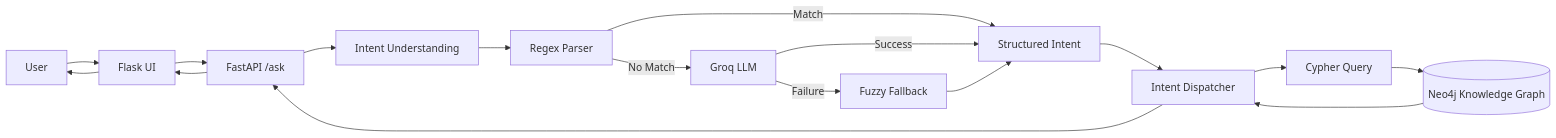
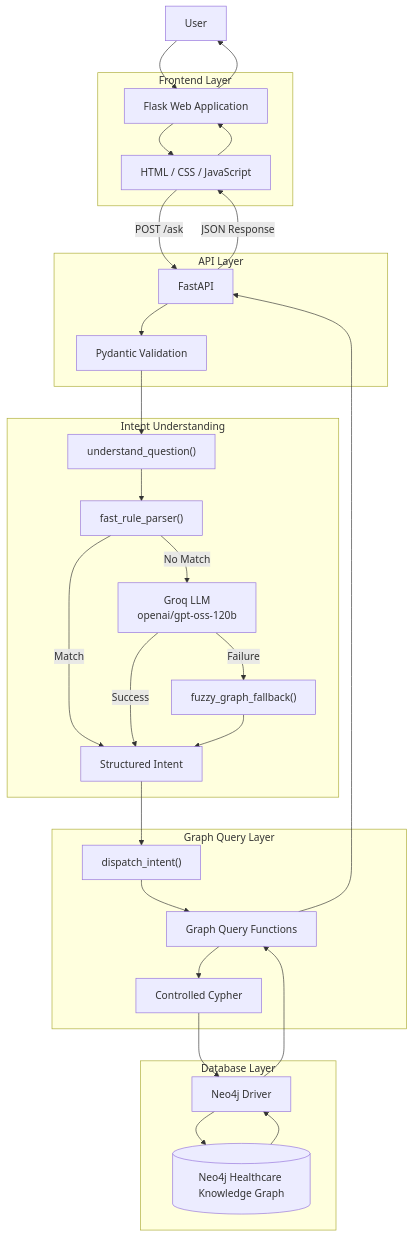
The first of 8 diagrams in README.md (sydelendure/healthcare-knowledge-graph-assistant), drawn with Mermaid before and after one commit. The commit also changed other lines of this file, not shown here.

````diff
--- a/README.md
+++ b/README.md
@@ -20,23 +109,64 @@
 ```mermaid
-flowchart LR
-    U["User"] --> F["Flask UI"]
-    F --> A["FastAPI /ask"]
-    A --> P["Intent Understanding"]
+flowchart TD
 
-    P --> R["Regex Parser"]
-    R -->|Match| I["Structured Intent"]
-    R -->|No Match| L["Groq LLM"]
+    USER["User"]
 
-    L -->|Success| I
-    L -->|Failure| FB["Fuzzy Fallback"]
-    FB --> I
+    subgraph FRONTEND["Frontend Layer"]
+        UI["Flask Web Application"]
+        HTML["HTML / CSS / JavaScript"]
+    end
 
-    I --> D["Intent Dispatcher"]
-    D --> C["Cypher Query"]
-    C --> N[("Neo4j Knowledge Graph")]
+    subgraph API["API Layer"]
+        FASTAPI["FastAPI"]
+        VALIDATE["Pydantic Validation"]
+    end
 
-    N --> D
-    D --> A
-    A --> F
-    F --> U
+    subgraph NLP["Intent Understanding"]
+        UNDERSTAND["understand_question()"]
+        REGEX["fast_rule_parser()"]
+        LLM["Groq LLM<br/>openai/gpt-oss-120b"]
+        FALLBACK["fuzzy_graph_fallback()"]
+        INTENT["Structured Intent"]
+    end
+
+    subgraph GRAPH["Graph Query Layer"]
+        DISPATCH["dispatch_intent()"]
+        QUERIES["Graph Query Functions"]
+        CYPHER["Controlled Cypher"]
+    end
+
+    subgraph DATABASE["Database Layer"]
+        DRIVER["Neo4j Driver"]
+        NEO4J[("Neo4j Healthcare Knowledge Graph")]
+    end
+
+    USER --> UI
+    UI --> HTML
+    HTML -->|POST /ask| FASTAPI
+
+    FASTAPI --> VALIDATE
+    VALIDATE --> UNDERSTAND
+
+    UNDERSTAND --> REGEX
+
+    REGEX -->|Match| INTENT
+    REGEX -->|No Match| LLM
+
+    LLM -->|Success| INTENT
+    LLM -->|Failure| FALLBACK
+    FALLBACK --> INTENT
+
+    INTENT --> DISPATCH
+    DISPATCH --> QUERIES
+    QUERIES --> CYPHER
+    CYPHER --> DRIVER
+    DRIVER --> NEO4J
+
+    NEO4J --> DRIVER
+    DRIVER --> QUERIES
+    QUERIES --> FASTAPI
+
+    FASTAPI -->|JSON Response| HTML
+    HTML --> UI
+    UI --> USER
 ```
````
